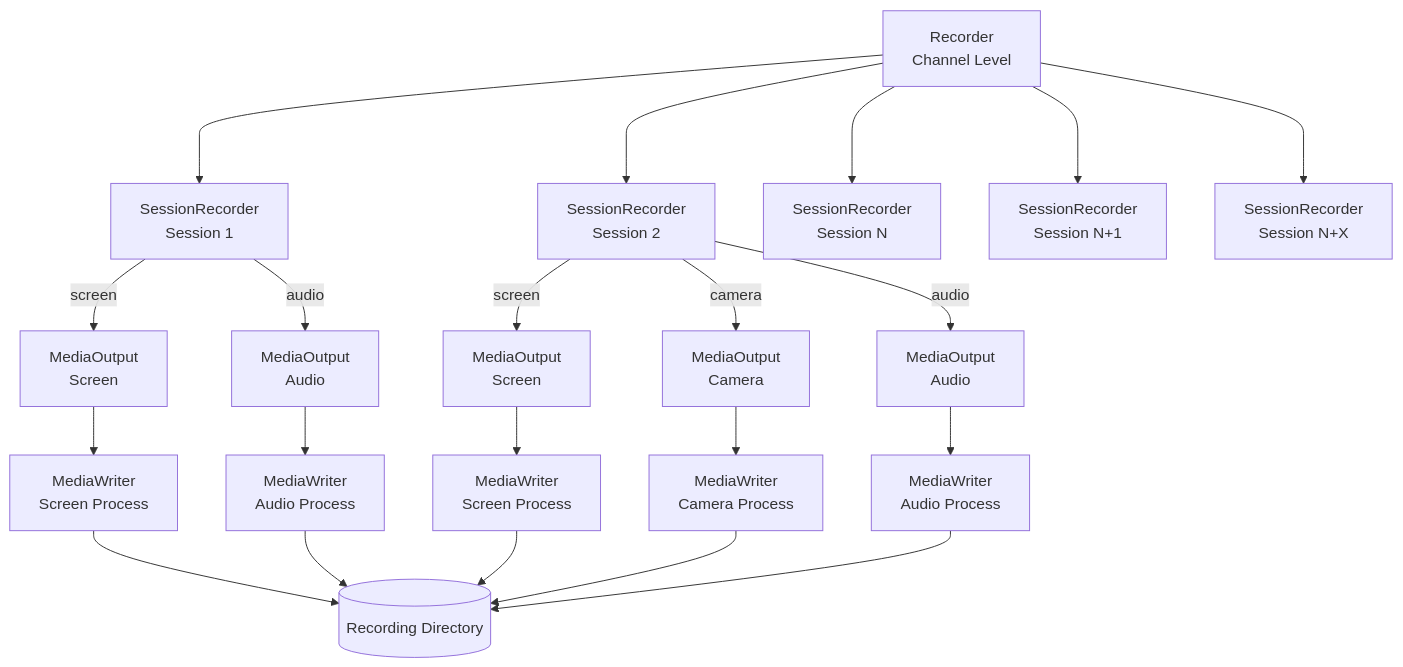
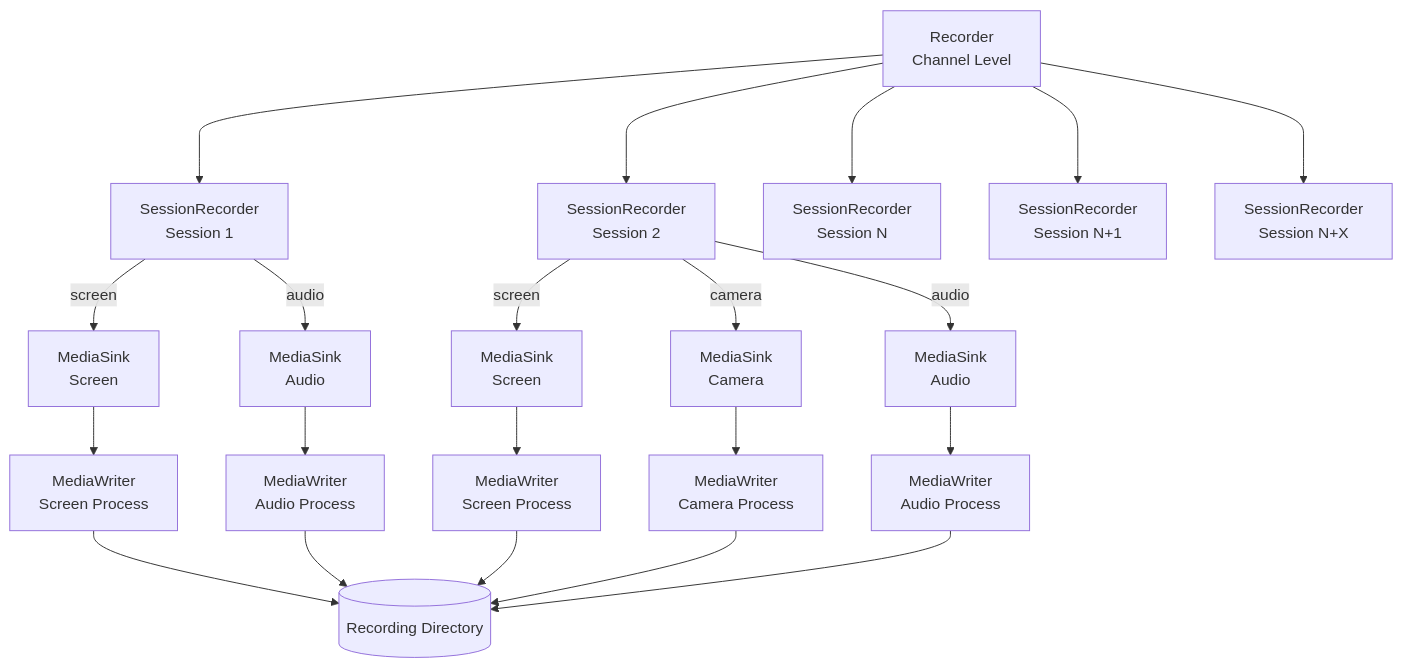
Before and after one commit to odoo/sfu: the diagram in doc/recording.md, drawn with Mermaid. The commit also changed other lines of this file and 3 other files, not shown here.

Commit message:
[REF] rename media_output into media_sink

````diff
--- a/doc/recording.md
+++ b/doc/recording.md
@@ -14,21 +14,21 @@
 ```mermaid
 flowchart TB
    
     R["Recorder <br> Channel Level"] ---> RT1["SessionRecorder <br> Session 1"] & RT2["SessionRecorder <br> Session 2"]
     R ---> RTN["SessionRecorder <br> Session N"] & RTN1["SessionRecorder <br> Session N+1"] & RTN0["SessionRecorder <br> Session N+X"]
-    RT1 -- audio --> MOA1["MediaOutput <br> Audio"]
-    RT1 -- screen --> MOS1["MediaOutput <br> Screen"]
-    RT2 -- screen --> MOS2["MediaOutput <br> Screen"]
-    RT2 -- camera --> MOC2["MediaOutput <br> Camera"]
-    RT2 -- audio --> MOA2["MediaOutput <br> Audio"]
-    MOA1 --> FFA1["MediaWriter <br> Audio Process"]
-    MOS1 --> FFS1["MediaWriter <br> Screen Process"]
-    MOA2 --> FFA2["MediaWriter <br> Audio Process"]
-    MOS2 --> FFS2["MediaWriter <br> Screen Process"]
-    MOC2 --> FFC2["MediaWriter <br> Camera Process"]
+    RT1 -- audio --> MSA1["MediaSink <br> Audio"]
+    RT1 -- screen --> MSS1["MediaSink <br> Screen"]
+    RT2 -- screen --> MSS2["MediaSink <br> Screen"]
+    RT2 -- camera --> MSC2["MediaSink <br> Camera"]
+    RT2 -- audio --> MSA2["MediaSink <br> Audio"]
+    MSA1 --> FFA1["MediaWriter <br> Audio Process"]
+    MSS1 --> FFS1["MediaWriter <br> Screen Process"]
+    MSA2 --> FFA2["MediaWriter <br> Audio Process"]
+    MSS2 --> FFS2["MediaWriter <br> Screen Process"]
+    MSC2 --> FFC2["MediaWriter <br> Camera Process"]
     FFS1 --> DIR[("Recording Directory")]
     FFA1 --> DIR
     FFS2 --> DIR
     FFC2 --> DIR
     FFA2 --> DIR
 ```
````
